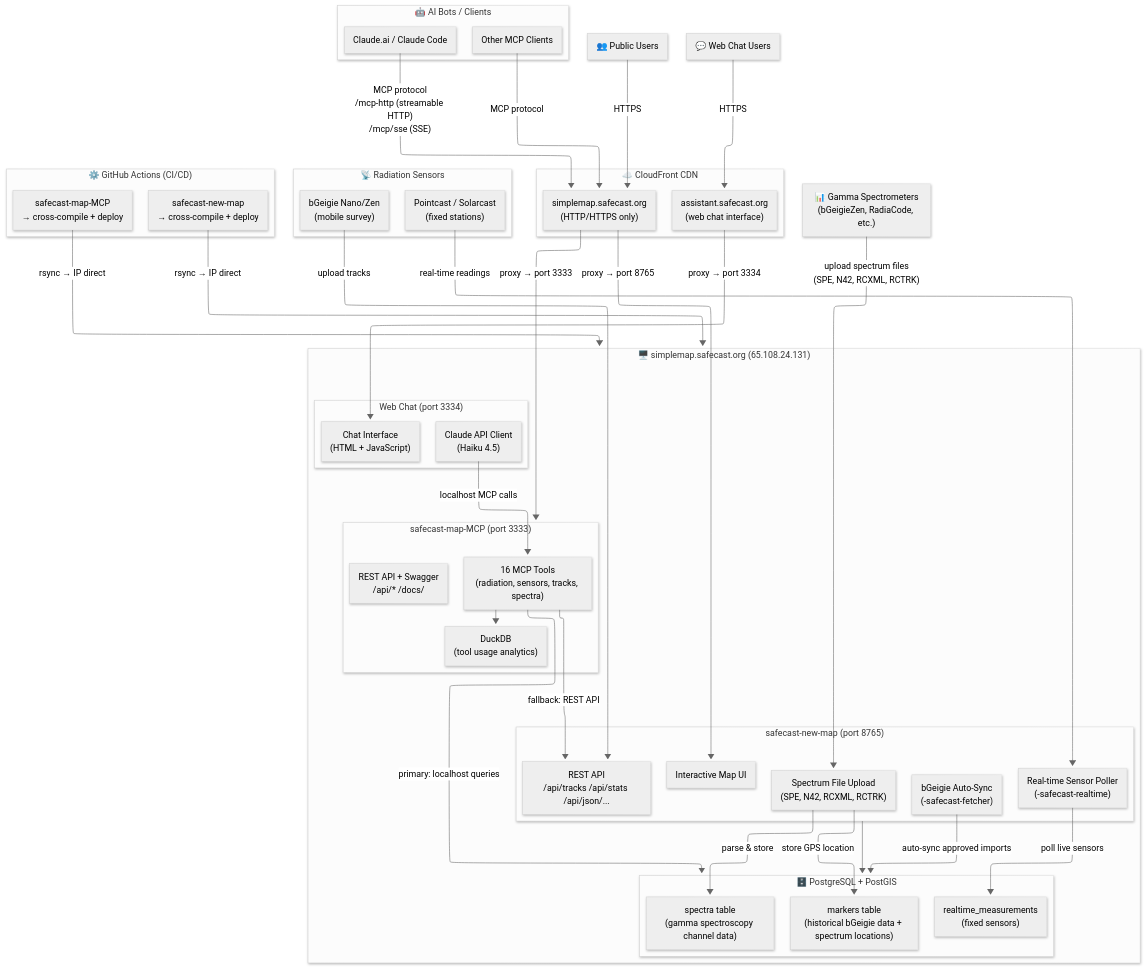
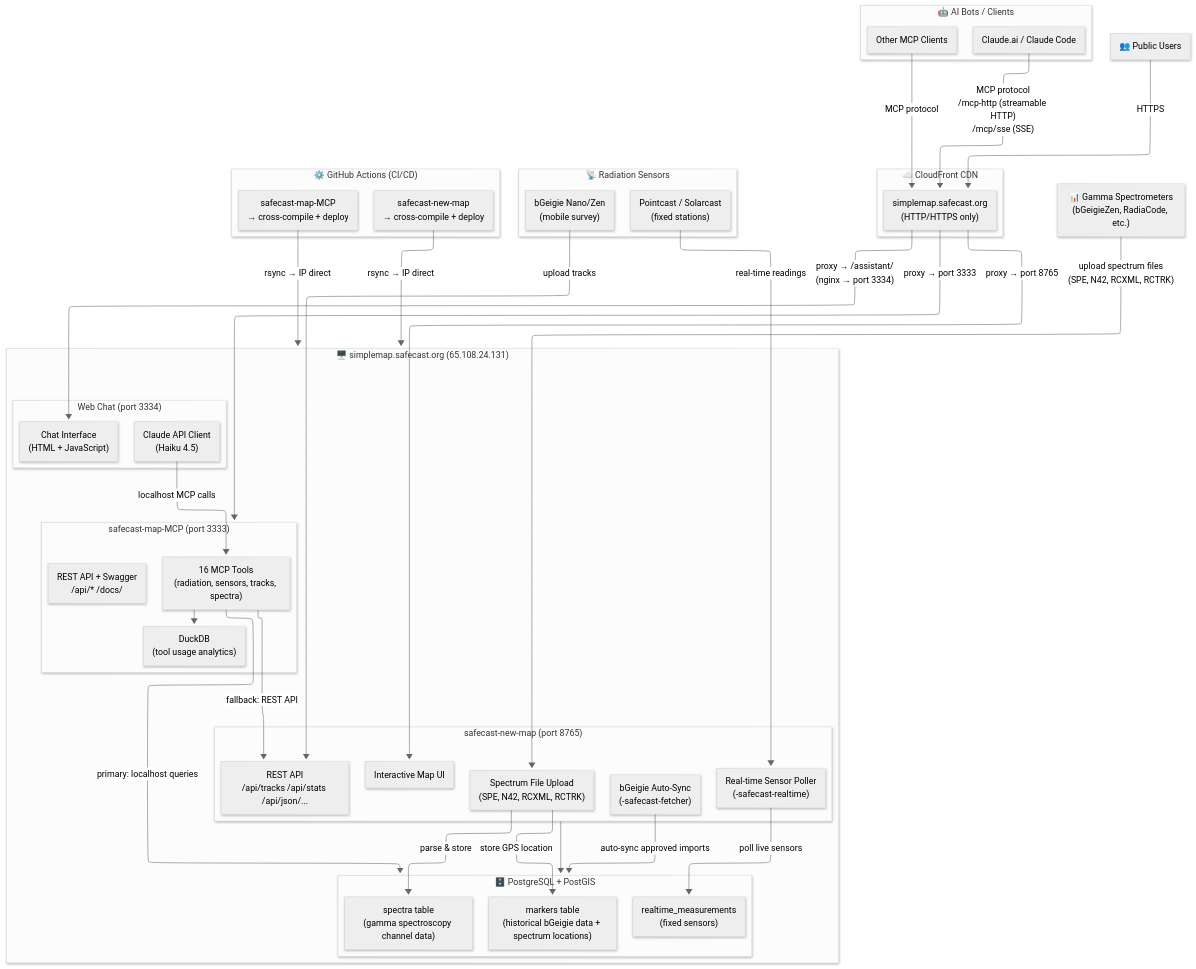
One commit to Safecast/safecast-map-MCP changed the diagram in docs/ARCHITECTURE.md. Above: the diagram before and after it, drawn with Mermaid. The commit also changed other lines of this file and 1 other file, not shown here.

Commit message:
docs: Consolidate AI assistant access under `simplemap.safecast.org` via Nginx reverse proxy instead of a separate subdomain. Entire-Checkpoint: 0481df55f17d

````diff
--- a/docs/ARCHITECTURE.md
+++ b/docs/ARCHITECTURE.md
@@ -9,73 +9,71 @@
 ```mermaid
 ---
 config:
   layout: elk
   theme: neutral
   look: neo
 ---
 flowchart TB
  subgraph AI["🤖 AI Bots / Clients"]
         Claude["Claude.ai / Claude Code"]
         Other["Other MCP Clients"]
   end
  subgraph CDN["☁️ CloudFront CDN"]
         CF["simplemap.safecast.org\n(HTTP/HTTPS only)"]
-        Assistant["assistant.safecast.org\n(web chat interface)"]
   end
  subgraph MCP["safecast-map-MCP (port 3333)"]
         MCPTools["16 MCP Tools\n(radiation, sensors, tracks, spectra)"]
         REST_MCP["REST API + Swagger\n/api/* /docs/"]
         DuckDB["DuckDB\n(tool usage analytics)"]
   end
  subgraph MapServer["safecast-new-map (port 8765)"]
         MapUI["Interactive Map UI"]
         REST_Map["REST API\n/api/tracks /api/stats /api/json/..."]
         Fetcher["bGeigie Auto-Sync\n(-safecast-fetcher)"]
         RTPoller["Real-time Sensor Poller\n(-safecast-realtime)"]
         SpectraUpload["Spectrum File Upload\n(SPE, N42, RCXML, RCTRK)"]
   end
  subgraph DB["🗄️ PostgreSQL + PostGIS"]
         markers["markers table\n(historical bGeigie data + spectrum locations)"]
         realtime["realtime_measurements\n(fixed sensors)"]
         spectra["spectra table\n(gamma spectroscopy channel data)"]
   end
  subgraph WebChat["Web Chat (port 3334)"]
         ChatUI["Chat Interface\n(HTML + JavaScript)"]
         ClaudeAPI["Claude API Client\n(Haiku 4.5)"]
   end
  subgraph Server["🖥️ simplemap.safecast.org (65.108.24.131)"]
         MCP
         MapServer
         WebChat
         DB
   end
  subgraph Devices["📡 Radiation Sensors"]
         bGeigie["bGeigie Nano/Zen\n(mobile survey)"]
         Fixed["Pointcast / Solarcast\n(fixed stations)"]
   end
  subgraph CICD["⚙️ GitHub Actions (CI/CD)"]
         GH_MCP["safecast-map-MCP\n→ cross-compile + deploy"]
         GH_Map["safecast-new-map\n→ cross-compile + deploy"]
   end
     MCPTools --> DuckDB
     MCPTools -- primary: localhost queries --> DB
     MapServer --> DB
     Fetcher -- "auto-sync approved imports" --> DB
     RTPoller -- poll live sensors --> realtime
     Claude -- "MCP protocol\n/mcp-http (streamable HTTP)\n/mcp/sse (SSE)" --> CF
     Other -- MCP protocol --> CF
     CF -- proxy → port 3333 --> MCP
     MCPTools -- fallback: REST API --> REST_Map
     Users["👥 Public Users"] -- HTTPS --> CF
-    CF -- proxy → port 8765 --> MapUI
-    WebUsers["💬 Web Chat Users"] -- HTTPS --> Assistant
-    Assistant -- proxy → port 3334 --> ChatUI
+    CF -- "proxy → port 8765" --> MapUI
+    CF -- "proxy → /assistant/\n(nginx → port 3334)" --> ChatUI
     ClaudeAPI -- "localhost MCP calls" --> MCPTools
     bGeigie -- upload tracks --> REST_Map
     Fixed -- "real-time readings" --> RTPoller
     Spectrometers["📊 Gamma Spectrometers\n(bGeigieZen, RadiaCode, etc.)"] -- "upload spectrum files\n(SPE, N42, RCXML, RCTRK)" --> SpectraUpload
     SpectraUpload -- "parse & store" --> spectra
     SpectraUpload -- "store GPS location" --> markers
     GH_MCP -- rsync → IP direct --> Server
     GH_Map -- rsync → IP direct --> Server
 ```
````
